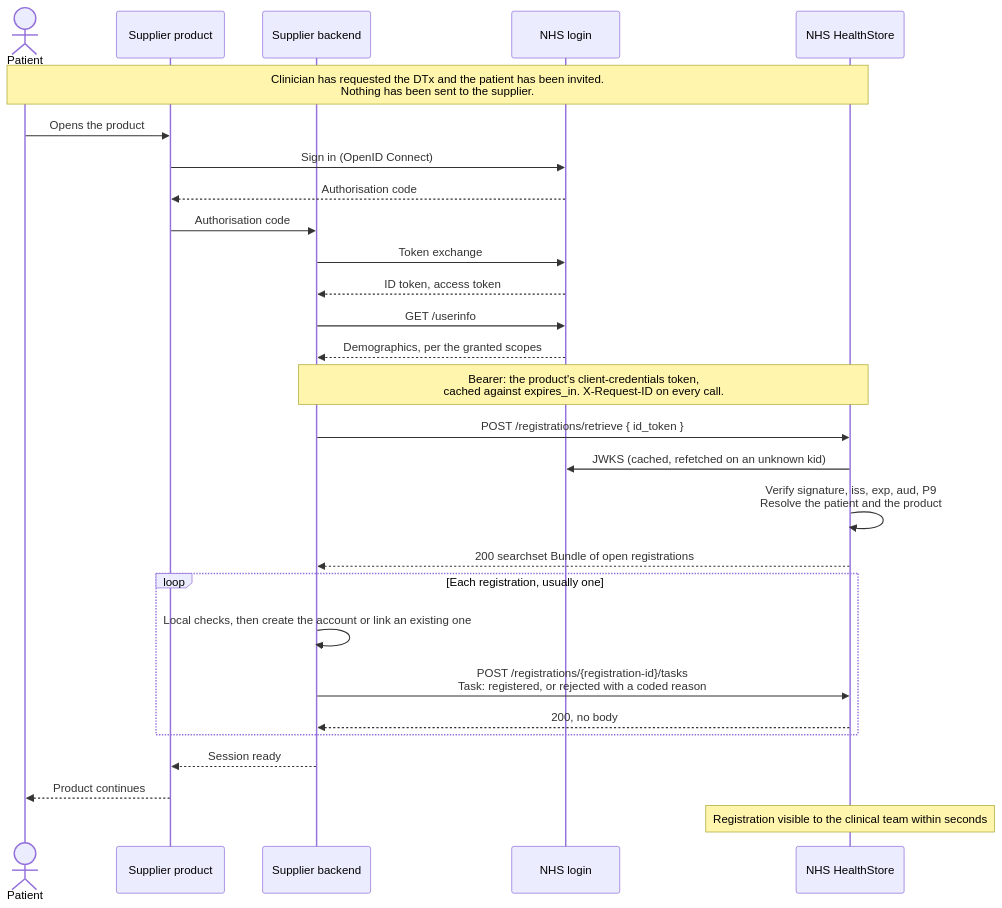
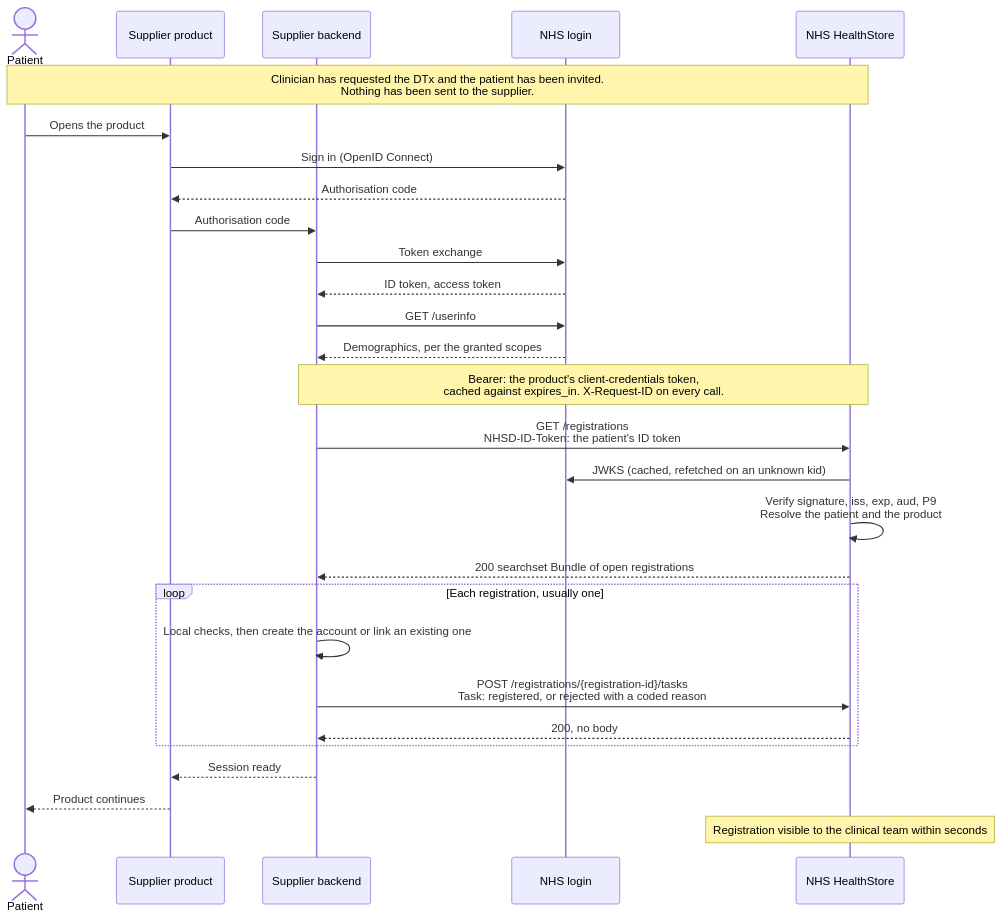
Before and after one commit to NHSDigital/healthstore-dtx-supplier-integration-framework: the diagram in docs/registration-api/overview.md, drawn with Mermaid. The commit also changed other lines of this file and 14 other files, not shown here.

First line of the commit message:
DTX-1252: retrieve becomes GET /registrations with the ID token as NHSD-ID-Token

````diff
--- a/docs/registration-api/overview.md
+++ b/docs/registration-api/overview.md
@@ -175,37 +178,37 @@
 ```mermaid
 sequenceDiagram
     actor Patient
     participant App as Supplier product
     participant Backend as Supplier backend
     participant NHSLogin as NHS login
     participant HealthStore as NHS HealthStore
 
     Note over Patient,HealthStore: Clinician has requested the DTx and the patient has been invited.<br/>Nothing has been sent to the supplier.
 
     Patient->>App: Opens the product
     App->>NHSLogin: Sign in (OpenID Connect)
     NHSLogin-->>App: Authorisation code
     App->>Backend: Authorisation code
     Backend->>NHSLogin: Token exchange
     NHSLogin-->>Backend: ID token, access token
     Backend->>NHSLogin: GET /userinfo
     NHSLogin-->>Backend: Demographics, per the granted scopes
 
     Note over Backend,HealthStore: Bearer: the product's client-credentials token,<br/>cached against expires_in. X-Request-ID on every call.
 
-    Backend->>HealthStore: POST /registrations/retrieve { id_token }
+    Backend->>HealthStore: GET /registrations<br/>NHSD-ID-Token: the patient's ID token
     HealthStore->>NHSLogin: JWKS (cached, refetched on an unknown kid)
     HealthStore->>HealthStore: Verify signature, iss, exp, aud, P9<br/>Resolve the patient and the product
     HealthStore-->>Backend: 200 searchset Bundle of open registrations
 
     loop Each registration, usually one
         Backend->>Backend: Local checks, then create the account or link an existing one
         Backend->>HealthStore: POST /registrations/{registration-id}/tasks<br/>Task: registered, or rejected with a coded reason
         HealthStore-->>Backend: 200, no body
     end
 
     Backend-->>App: Session ready
     App-->>Patient: Product continues
 
     Note over HealthStore: Registration visible to the clinical team within seconds
 ```
````
